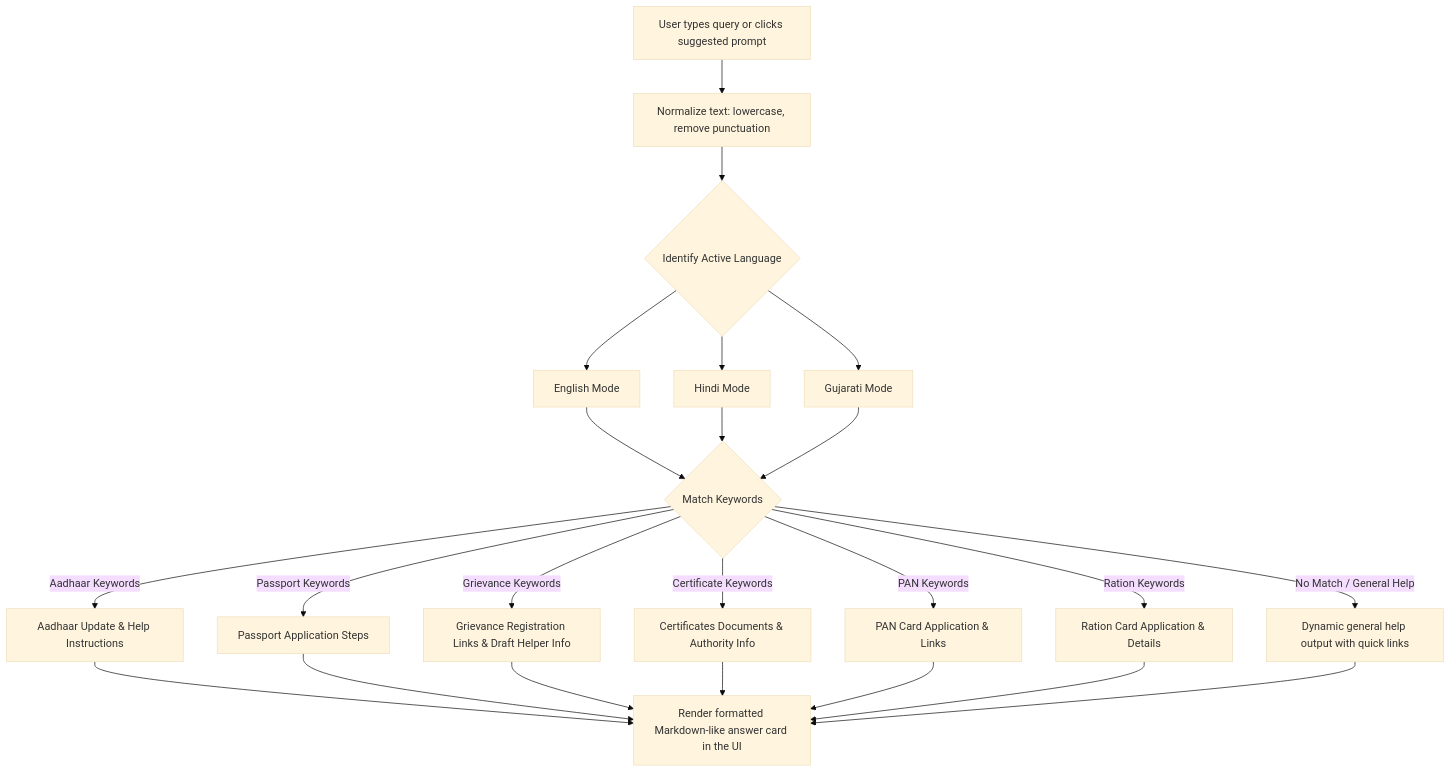
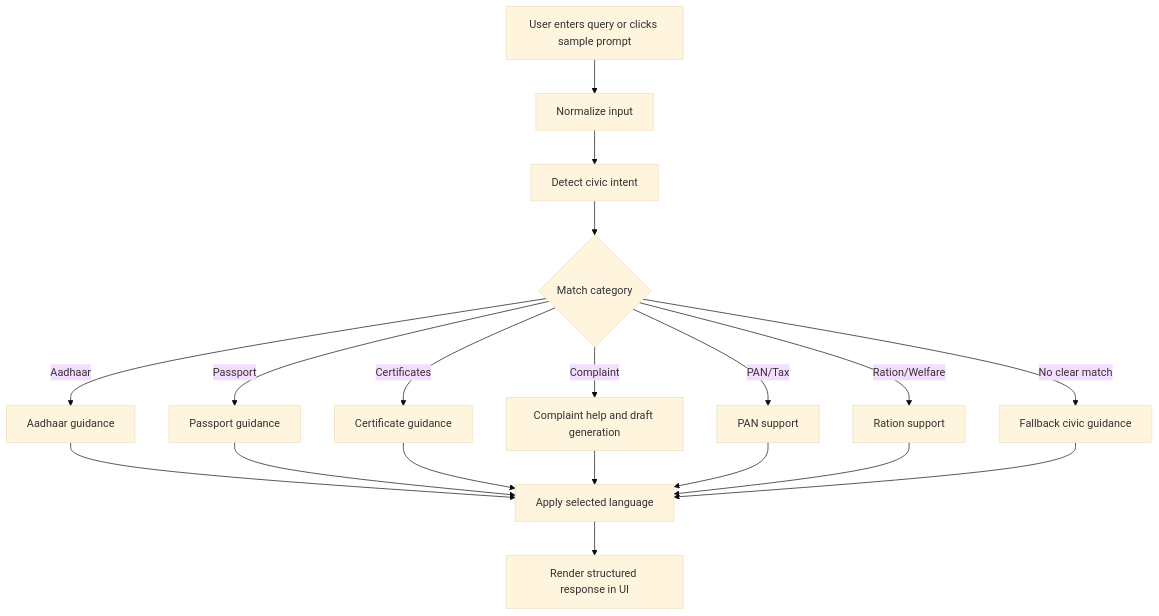
One commit to 25cs026-oss/Smart-Bharat changed the diagram in PROMPT_WORKFLOW.md. Above: the diagram before and after it, drawn with Mermaid (base theme). The commit also changed other lines of this file and 4 other files, not shown here.

````diff
--- a/PROMPT_WORKFLOW.md
+++ b/PROMPT_WORKFLOW.md
@@ -30,20 +104,21 @@
 ```mermaid
 graph TD
-    UserQuery[User types query or clicks suggested prompt] --> Normalize[Normalize text: lowercase, remove punctuation]
-    Normalize --> LanguageCheck{Identify Active Language}
-    LanguageCheck --> EN[English Mode]
-    LanguageCheck --> HI[Hindi Mode]
-    LanguageCheck --> GU[Gujarati Mode]
-    
-    EN & HI & GU --> KeywordMatch{Match Keywords}
-    
-    KeywordMatch -- Aadhaar Keywords --> AnsAadhaar[Aadhaar Update & Help Instructions]
-    KeywordMatch -- Passport Keywords --> AnsPassport[Passport Application Steps]
-    KeywordMatch -- Grievance Keywords --> AnsGrievance[Grievance Registration Links & Draft Helper Info]
-    KeywordMatch -- Certificate Keywords --> AnsCert[Certificates Documents & Authority Info]
-    KeywordMatch -- PAN Keywords --> AnsPAN[PAN Card Application & Links]
-    KeywordMatch -- Ration Keywords --> AnsRation[Ration Card Application & Details]
-    KeywordMatch -- No Match / General Help --> AnsFallback[Dynamic general help output with quick links]
-    
-    AnsAadhaar & AnsPassport & AnsGrievance & AnsCert & AnsPAN & AnsRation & AnsFallback --> Render[Render formatted Markdown-like answer card in the UI]
+    A[User enters query or clicks sample prompt] --> B[Normalize input]
+    B --> C[Detect civic intent]
+    C --> D{Match category}
+    D -->|Aadhaar| E[Aadhaar guidance]
+    D -->|Passport| F[Passport guidance]
+    D -->|Certificates| G[Certificate guidance]
+    D -->|Complaint| H[Complaint help and draft generation]
+    D -->|PAN/Tax| I[PAN support]
+    D -->|Ration/Welfare| J[Ration support]
+    D -->|No clear match| K[Fallback civic guidance]
+    E --> L[Apply selected language]
+    F --> L
+    G --> L
+    H --> L
+    I --> L
+    J --> L
+    K --> L
+    L --> M[Render structured response in UI]
 ```
````
